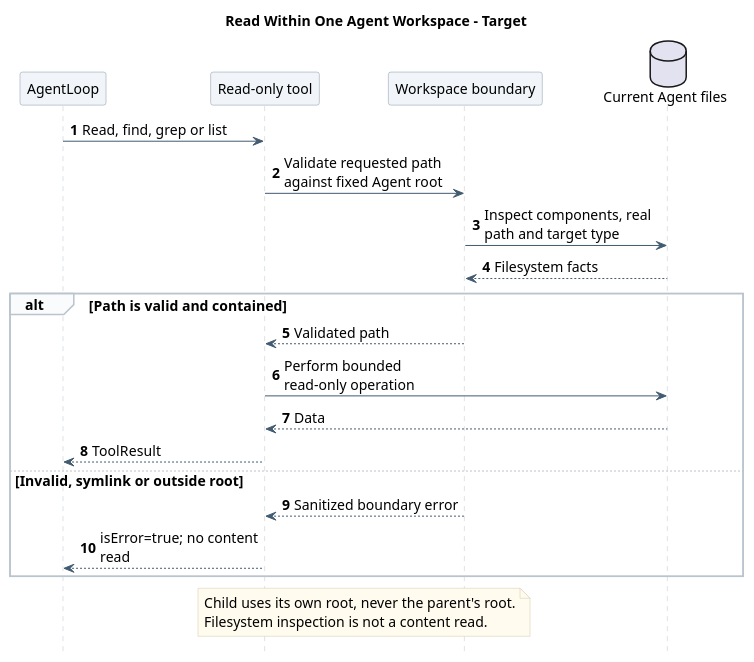
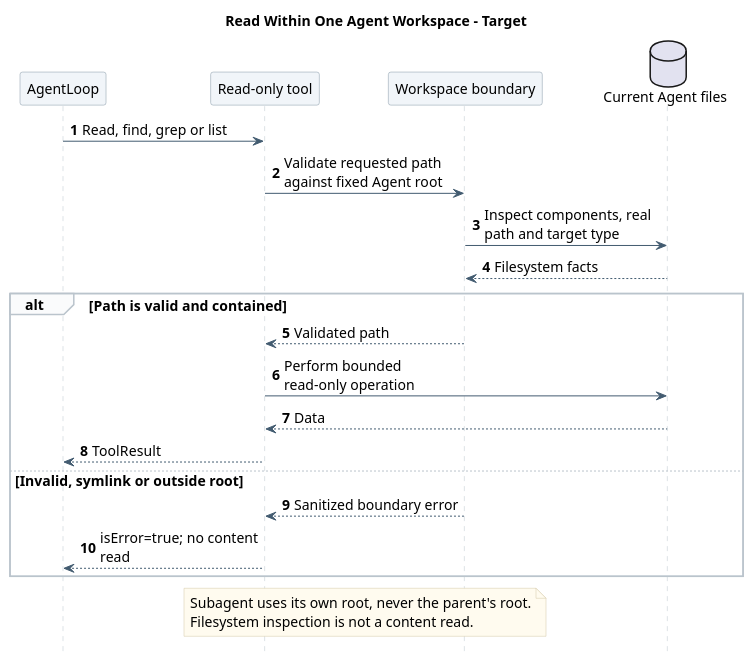
The tenth of 13 diagrams in 01-总体架构/02-CampusClaw工具系统/diagram.puml (ssm0808/pi-mono-java-design), drawn with PlantUML before and after one commit. The commit also changed other lines of this file and 55 other files, not shown here.

```diff
--- a/01-总体架构/02-CampusClaw工具系统/diagram.puml
+++ b/01-总体架构/02-CampusClaw工具系统/diagram.puml
@@ -556,51 +556,51 @@
 @startuml read_agent_workspace_isolation
 ' Source evidence (CampusClaw d649866):
 ' modules/coding-agent-cli/src/main/java/com/campusclaw/codingagent/tool/read/ReadTool.java
 ' modules/coding-agent-cli/src/main/java/com/campusclaw/codingagent/util/PathUtils.java
 ' modules/coding-agent-cli/src/main/java/com/campusclaw/codingagent/tool/bash/BashExecutor.java
 ' pi packages/coding-agent/src/core/tools/read.ts, find.ts, grep.ts, ls.ts
 ' Observed behavior: current Read checks cwd containment, while the remaining
 ' tools do not share one session-bound Agent root. Bash cwd is not a sandbox.
 ' Design reason: every local tool uses the same immutable root and rejects
 ' symlink or realpath escape. Command and write tools are never assembled.
 ' Presentation: one responsibility-level scenario; implementation details remain in the linked document.
 skinparam backgroundColor white
 skinparam defaultFontName SansSerif
 skinparam defaultFontSize 14
 skinparam shadowing false
 skinparam sequenceMessageAlign left
 skinparam maxMessageSize 180
 skinparam sequenceArrowColor #425B70
 skinparam sequenceLifeLineBorderColor #BAC4CC
 skinparam sequenceParticipantBackgroundColor #F1F5F9
 skinparam sequenceParticipantBorderColor #8496A4
 skinparam sequenceGroupBackgroundColor #FAFBFC
 skinparam sequenceGroupBorderColor #BAC4CC
 skinparam noteBackgroundColor #FFFBEF
 skinparam noteBorderColor #D2C6A5
 hide footbox
 autonumber
 
 title Read Within One Agent Workspace - Target
 participant "AgentLoop" as Loop
 participant "Read-only tool" as Tool
 participant "Workspace boundary" as Boundary
 database "Current Agent files" as Files
 Loop -> Tool : Read, find, grep or list
 Tool -> Boundary : Validate requested path against fixed Agent root
 Boundary -> Files : Inspect components, real path and target type
 Files --> Boundary : Filesystem facts
 alt Path is valid and contained
   Boundary --> Tool : Validated path
   Tool -> Files : Perform bounded read-only operation
   Files --> Tool : Data
   Tool --> Loop : ToolResult
 else Invalid, symlink or outside root
   Boundary --> Tool : Sanitized boundary error
   Tool --> Loop : isError=true; no content read
 end
 note over Tool,Boundary
-  Child uses its own root, never the parent's root.
+  Subagent uses its own root, never the parent's root.
   Filesystem inspection is not a content read.
 end note
 @enduml
```
